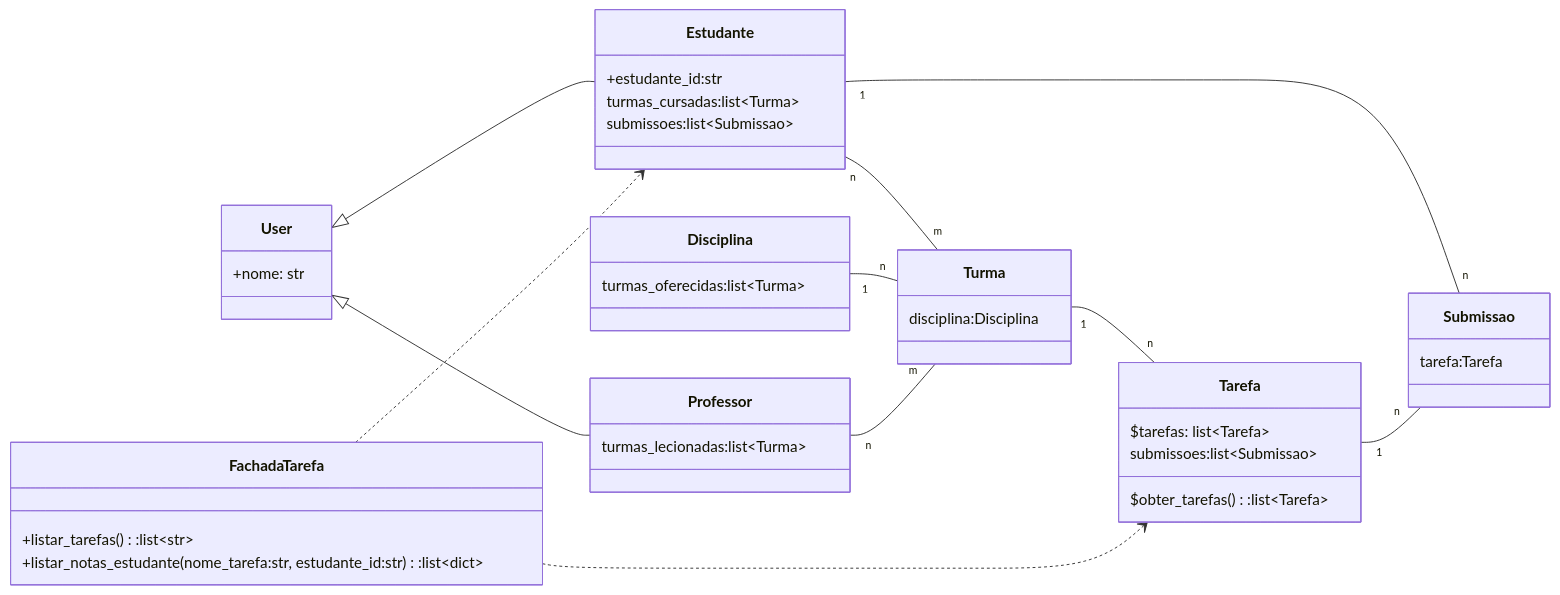
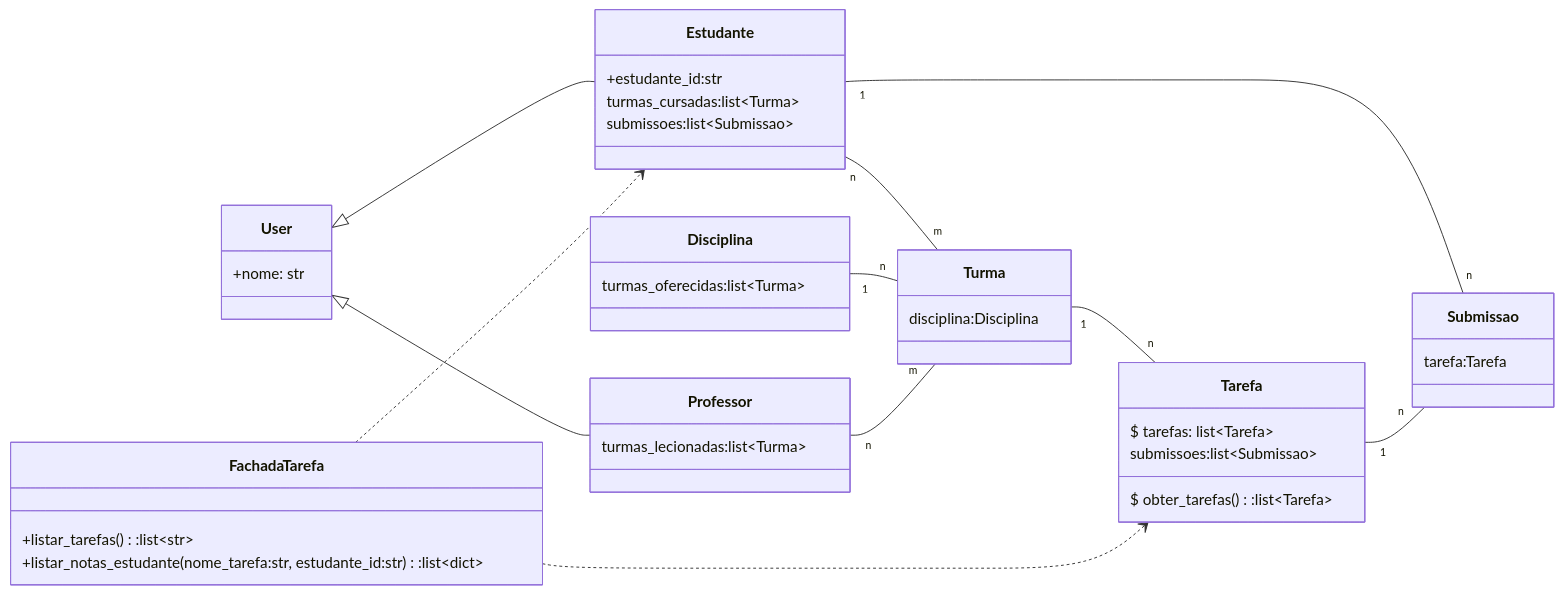
The diagram in classes.md (insper-classroom/Ag22_SimP1), drawn with Mermaid before and after one commit.

````diff
--- a/classes.md
+++ b/classes.md
@@ -8,43 +8,43 @@
 ```mermaid
 classDiagram
 direction LR
 class User {
 +nome: str
 }
 class Professor {
 turmas_lecionadas:list~Turma~ 
 }
 class Estudante {
 +estudante_id:str
 turmas_cursadas:list~Turma~ 
 submissoes:list~Submissao~ 
 }
 class Disciplina {
 turmas_oferecidas:list~Turma~
 }
 class Turma {
 disciplina:Disciplina
 }
 class Tarefa {
-$tarefas: list~Tarefa~
+$ tarefas: list~Tarefa~
 submissoes:list~Submissao~
-$obter_tarefas():list~Tarefa~
+$ obter_tarefas():list~Tarefa~
 }
 class Submissao {
 tarefa:Tarefa
 }
 class FachadaTarefa{
 +listar_tarefas():list~str~
 +listar_notas_estudante(nome_tarefa:str, estudante_id:str):list~dict~
 }
 Estudante "n" -- "m" Turma 
 Estudante "1" -- "n" Submissao 
 Tarefa "1" -- "n" Submissao
 Turma "1" -- "n" Tarefa
 Disciplina "1" -- "n" Turma 
 Professor "n" -- "m" Turma
 User <|-- Estudante
 User <|-- Professor
 FachadaTarefa ..> Tarefa 
 FachadaTarefa ..> Estudante
 ```
````
